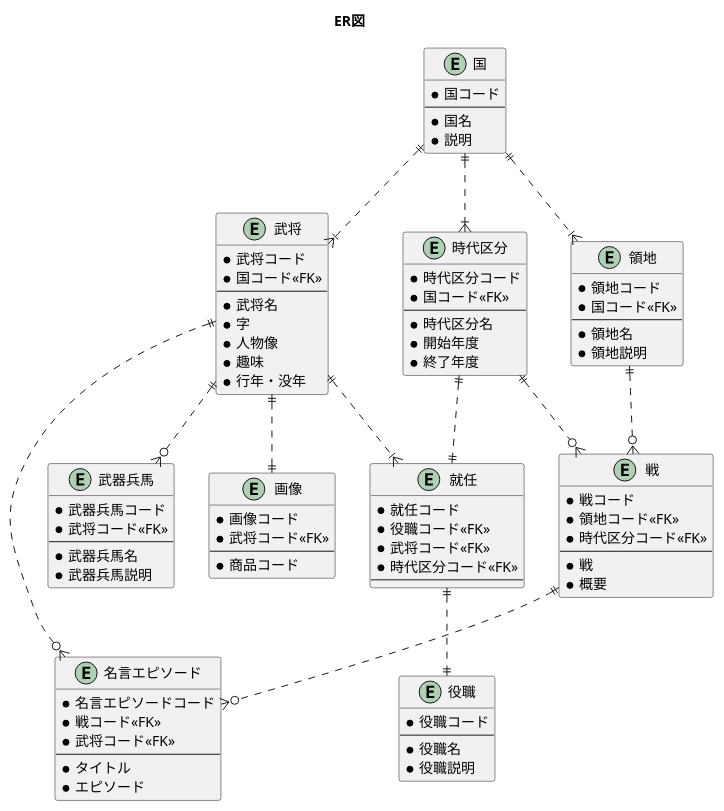
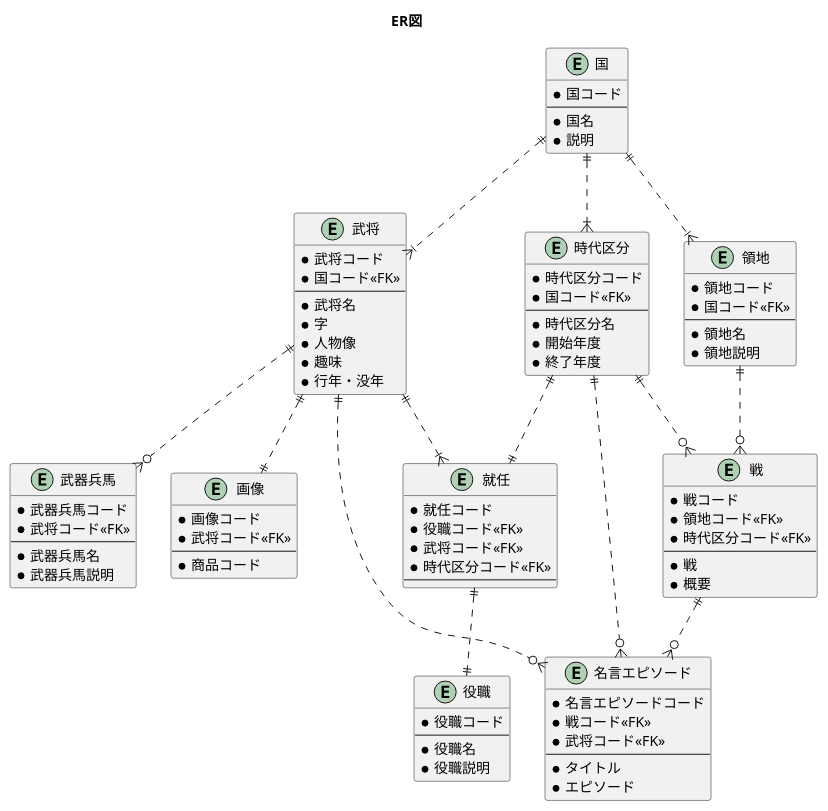
One commit to pnskh112/sangokushi-api-document changed the diagram in 30_design/dd/dd_sangokushiApi/dd_er_diagram.md. Above: the diagram before and after it, drawn with PlantUML.

Commit message:
ER図を修正

````diff
--- a/30_design/dd/dd_sangokushiApi/dd_er_diagram.md
+++ b/30_design/dd/dd_sangokushiApi/dd_er_diagram.md
@@ -105,6 +105,7 @@
 時代区分 ||..o{ 戦
 領地 ||..o{ 戦
 戦 ||..o{ 名言エピソード
+時代区分 ||..o{ 名言エピソード
 武将 ||..o{ 名言エピソード
 @enduml
 ```
````
